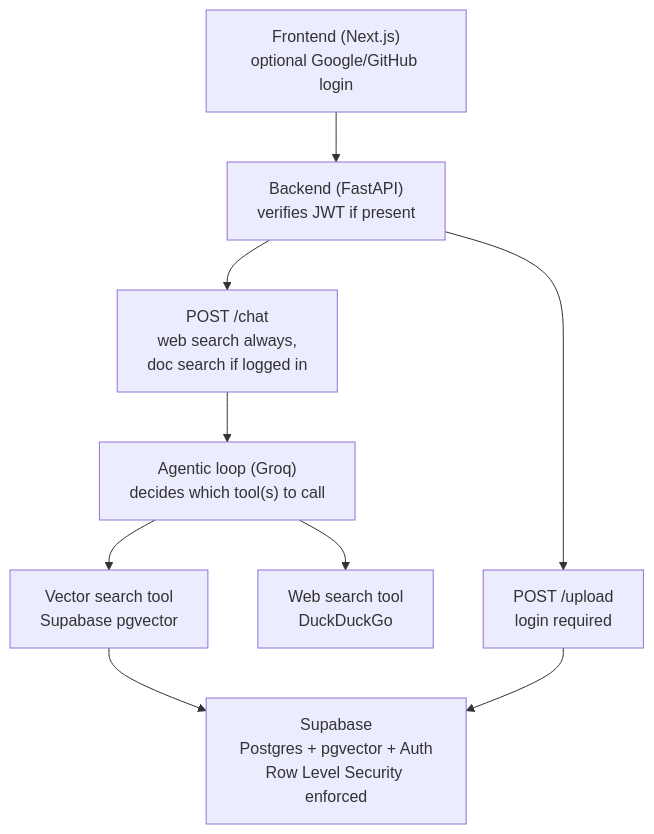
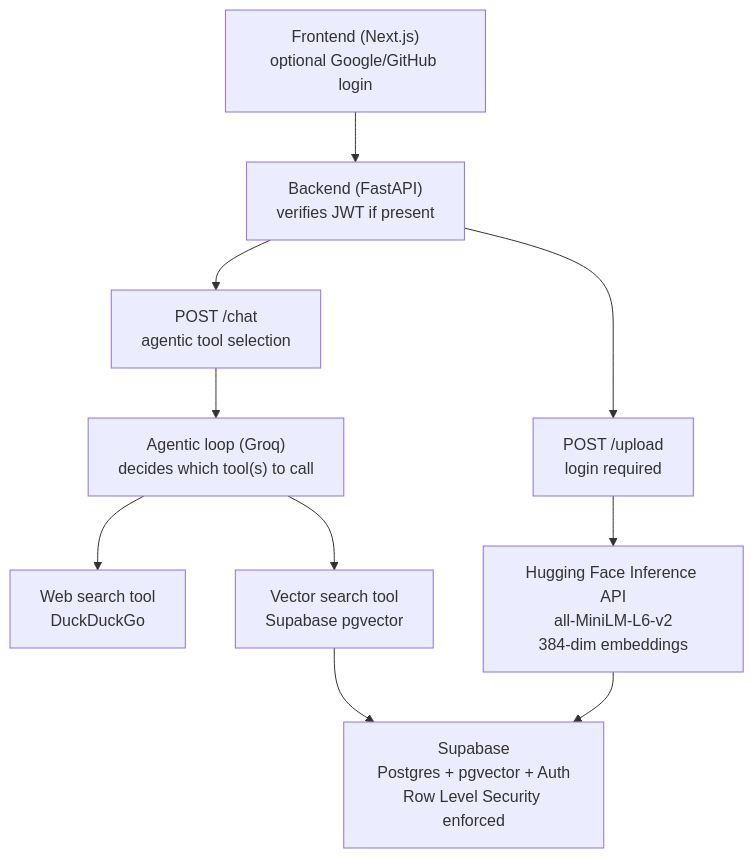
One commit to sahil3105kumar/S3RA changed the diagram in README.md. Above: the diagram before and after it, drawn with Mermaid. The commit also changed other lines of this file, not shown here.

````diff
--- a/README.md
+++ b/README.md
@@ -21,20 +23,31 @@
 ```mermaid
 flowchart TD
+
     FE["Frontend (Next.js)<br/>optional Google/GitHub login"]
+
     BE["Backend (FastAPI)<br/>verifies JWT if present"]
-    CHAT["POST /chat<br/>web search always,<br/>doc search if logged in"]
+
+    CHAT["POST /chat<br/>agentic tool selection"]
+
     UPLOAD["POST /upload<br/>login required"]
+
     AGENT["Agentic loop (Groq)<br/>decides which tool(s) to call"]
+
     WEB["Web search tool<br/>DuckDuckGo"]
+
     DB["Vector search tool<br/>Supabase pgvector"]
+
+    EMBED["Hugging Face Inference API<br/>all-MiniLM-L6-v2<br/>384-dim embeddings"]
+
     SB["Supabase<br/>Postgres + pgvector + Auth<br/>Row Level Security enforced"]
 
     FE --> BE
     BE --> CHAT
     BE --> UPLOAD
     CHAT --> AGENT
     AGENT --> WEB
     AGENT --> DB
     DB --> SB
-    UPLOAD --> SB
+    UPLOAD --> EMBED
+    EMBED --> SB
 ```
````
